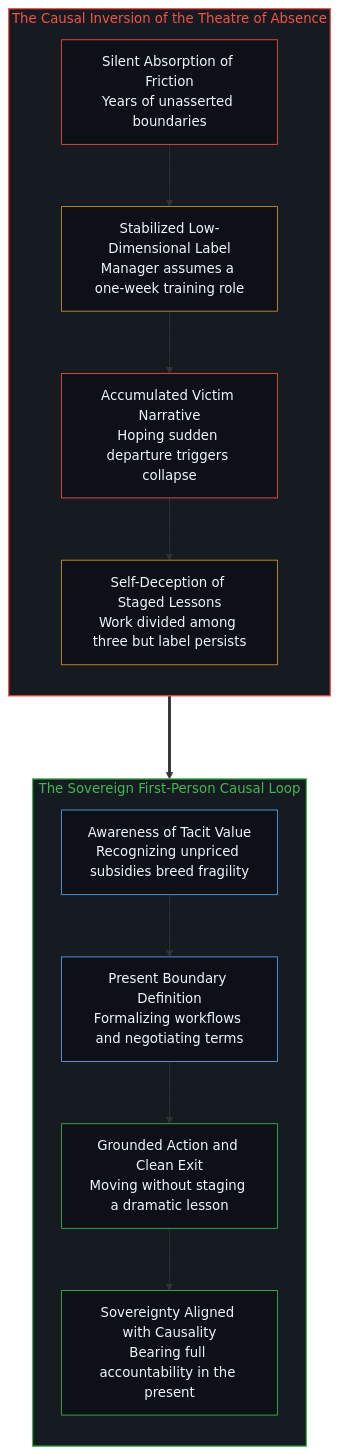
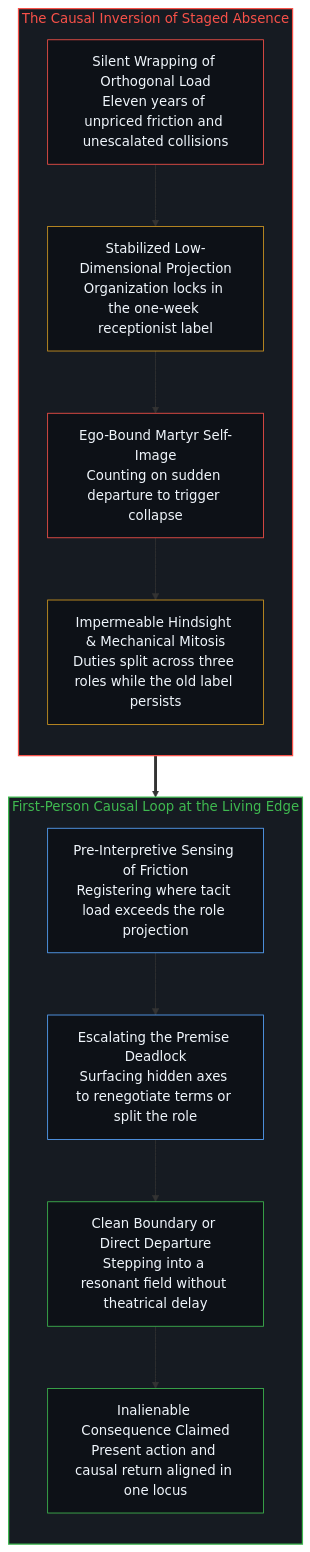
One commit to powerpig99/not-a-toe changed the second of 2 diagrams in content/posts/the-receptionist-parable-and-the-causal-inversion-of-absence.md. Above: the diagram before and after it, drawn with Mermaid. The commit also changed other lines of this file and 1 other file, not shown here.

Commit message:
Refine the-receptionist-parable-and-the-causal-inversion-of-absence (Wave 3 L2 #130)

````diff
--- a/content/posts/the-receptionist-parable-and-the-causal-inversion-of-absence.md
+++ b/content/posts/the-receptionist-parable-and-the-causal-inversion-of-absence.md
@@ -59,29 +63,29 @@
 ```mermaid
-graph TD
-    subgraph S_Fantasy ["The Causal Inversion of the Theatre of Absence"]
+flowchart TD
+    subgraph S_Fantasy ["The Causal Inversion of Staged Absence"]
         direction TB
-        F1["Silent Absorption of Friction<br/>Years of unasserted boundaries"] --> F2["Stabilized Low-Dimensional Label<br/>Manager assumes a one-week training role"]
-        F2 --> F3["Accumulated Victim Narrative<br/>Hoping sudden departure triggers collapse"]
-        F3 --> F4["Self-Deception of Staged Lessons<br/>Work divided among three but label persists"]
+        F1["Silent Wrapping of Orthogonal Load<br/>Eleven years of unpriced friction and unescalated collisions"] --> F2["Stabilized Low-Dimensional Projection<br/>Organization locks in the one-week receptionist label"]
+        F2 --> F3["Ego-Bound Martyr Self-Image<br/>Counting on sudden departure to trigger collapse"]
+        F3 --> F4["Impermeable Hindsight & Mechanical Mitosis<br/>Duties split across three roles while the old label persists"]
     end
 
-    S_Fantasy ===> S_Sovereign
+    subgraph S_Sovereign ["First-Person Causal Loop at the Living Edge"]
+        direction TB
+        R1["Pre-Interpretive Sensing of Friction<br/>Registering where tacit load exceeds the role projection"] --> R2["Escalating the Premise Deadlock<br/>Surfacing hidden axes to renegotiate terms or split the role"]
+        R2 --> R3["Clean Boundary or Direct Departure<br/>Stepping into a resonant field without theatrical delay"]
+        R3 --> R4["Inalienable Consequence Claimed<br/>Present action and causal return aligned in one locus"]
+    end
 
-    subgraph S_Sovereign ["The Sovereign First-Person Causal Loop"]
-        direction TB
-        R1["Awareness of Tacit Value<br/>Recognizing unpriced subsidies breed fragility"] --> R2["Present Boundary Definition<br/>Formalizing workflows and negotiating terms"]
-        R2 --> R3["Grounded Action and Clean Exit<br/>Moving without staging a dramatic lesson"]
-        R3 --> R4["Sovereignty Aligned with Causality<br/>Bearing full accountability in the present"]
-    end
+    F4 ==> R1
 
     style S_Fantasy fill:#161b22,stroke:#f85149,stroke-width:1.5px,color:#f85149
     style S_Sovereign fill:#161b22,stroke:#3fb950,stroke-width:1.5px,color:#3fb950
     style F1 fill:#0d1117,stroke:#f85149,stroke-width:1px,color:#f0f6fc
     style F2 fill:#0d1117,stroke:#d29922,stroke-width:1px,color:#f0f6fc
     style F3 fill:#0d1117,stroke:#f85149,stroke-width:1px,color:#f0f6fc
     style F4 fill:#0d1117,stroke:#d29922,stroke-width:1px,color:#f0f6fc
     style R1 fill:#0d1117,stroke:#58a6ff,stroke-width:1px,color:#f0f6fc
     style R2 fill:#0d1117,stroke:#58a6ff,stroke-width:1px,color:#f0f6fc
     style R3 fill:#0d1117,stroke:#3fb950,stroke-width:1px,color:#f0f6fc
     style R4 fill:#0d1117,stroke:#3fb950,stroke-width:1px,color:#f0f6fc
 ```
````
